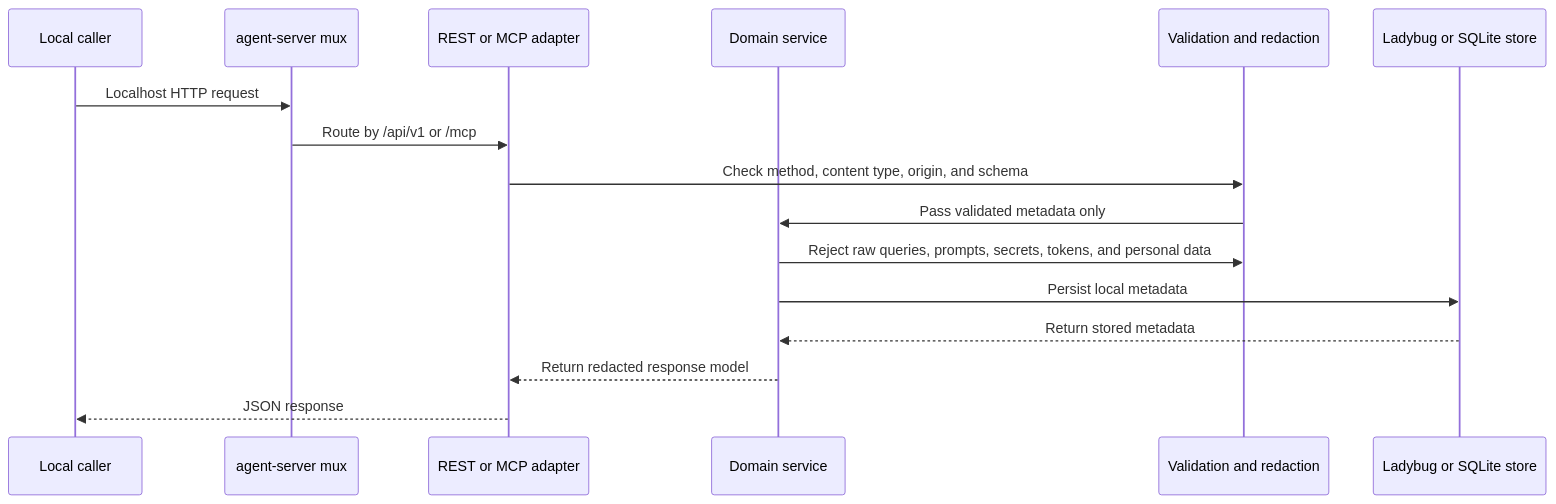
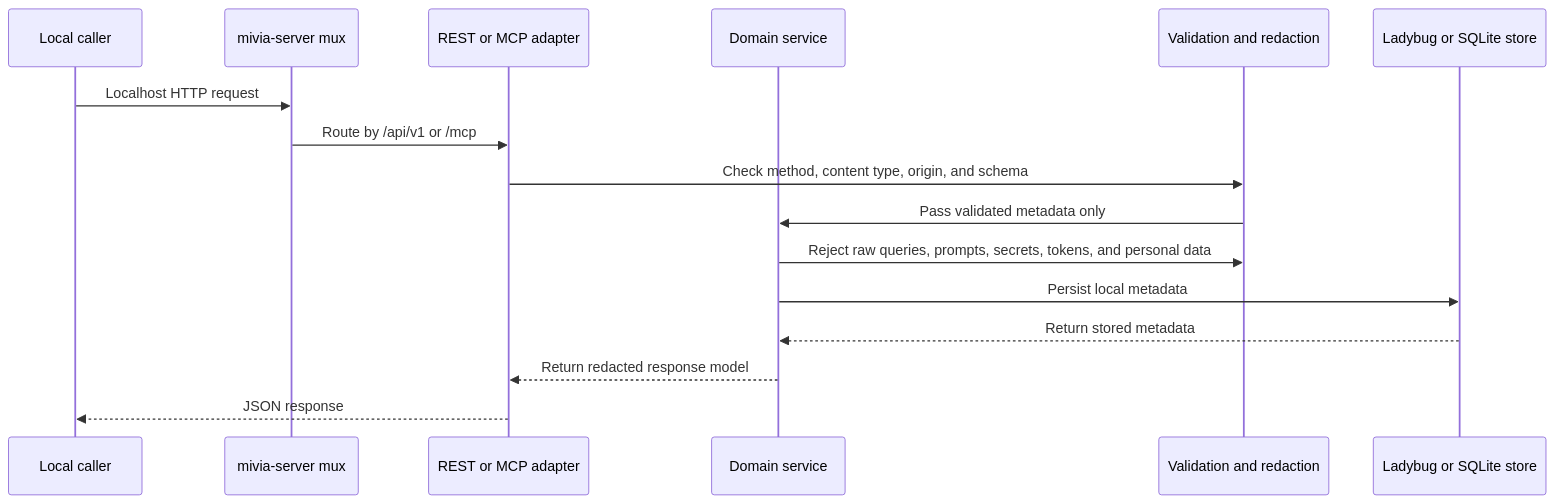
One commit to MiviaLabs/go-mivia changed the second of 7 diagrams in docs/architecture/system-architecture.md. Above: the diagram before and after it, drawn with Mermaid. The commit also changed other lines of this file and 33 other files, not shown here.

````diff
--- a/docs/architecture/system-architecture.md
+++ b/docs/architecture/system-architecture.md
@@ -97,19 +97,19 @@
 ```mermaid
 sequenceDiagram
   participant Client as Local caller
-  participant Server as agent-server mux
+  participant Server as mivia-server mux
   participant Adapter as REST or MCP adapter
   participant Service as Domain service
   participant Guard as Validation and redaction
   participant Store as Ladybug or SQLite store
 
   Client->>Server: Localhost HTTP request
   Server->>Adapter: Route by /api/v1 or /mcp
   Adapter->>Guard: Check method, content type, origin, and schema
   Guard->>Service: Pass validated metadata only
   Service->>Guard: Reject raw queries, prompts, secrets, tokens, and personal data
   Service->>Store: Persist local metadata
   Store-->>Service: Return stored metadata
   Service-->>Adapter: Return redacted response model
   Adapter-->>Client: JSON response
 ```
````
